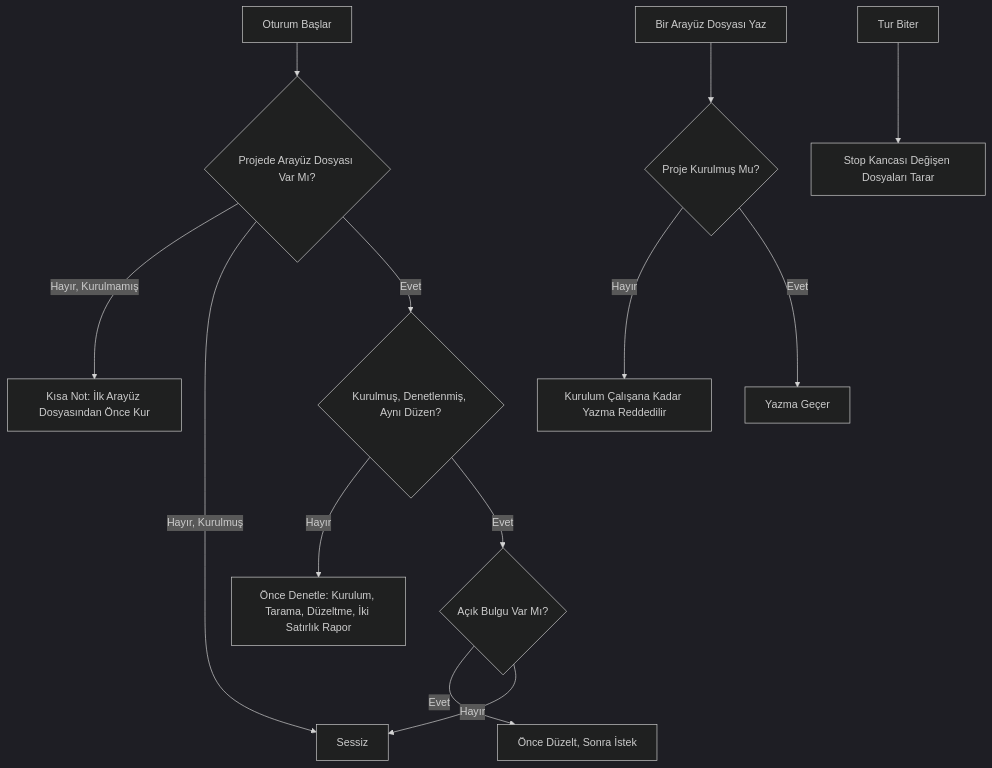
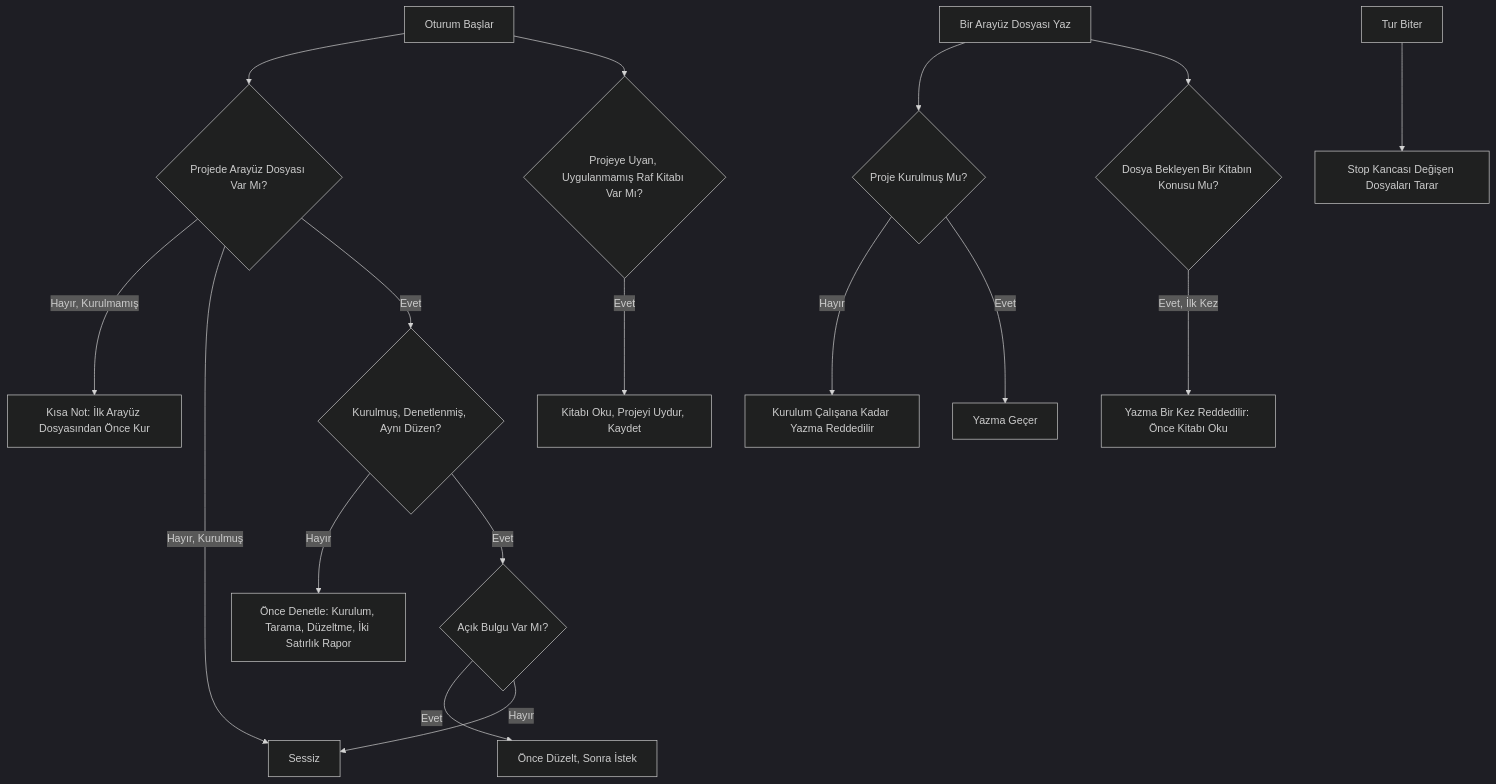
Before and after one commit to Teknesyum/Teknesyum-UI: the second of 2 diagrams in README.tr.md, drawn with Mermaid (dark theme). The commit also changed other lines of this file and 22 other files, not shown here.

````diff
--- a/README.tr.md
+++ b/README.tr.md
@@ -120,15 +120,19 @@
 ```mermaid
 flowchart TD
   S[Oturum Başlar] --> Q1{Projede Arayüz Dosyası Var Mı?}
   Q1 -->|Hayır, Kurulmamış| N1[Kısa Not: İlk Arayüz Dosyasından Önce Kur]
   Q1 -->|Hayır, Kurulmuş| Z[Sessiz]
   Q1 -->|Evet| Q2{Kurulmuş, Denetlenmiş, Aynı Düzen?}
   Q2 -->|Hayır| N2[Önce Denetle: Kurulum, Tarama, Düzeltme, İki Satırlık Rapor]
   Q2 -->|Evet| Q3{Açık Bulgu Var Mı?}
   Q3 -->|Evet| N3[Önce Düzelt, Sonra İstek]
   Q3 -->|Hayır| Z
   W[Bir Arayüz Dosyası Yaz] --> Q4{Proje Kurulmuş Mu?}
   Q4 -->|Hayır| D1[Kurulum Çalışana Kadar Yazma Reddedilir]
   Q4 -->|Evet| OK[Yazma Geçer]
+  S --> R1{Projeye Uyan, Uygulanmamış Raf Kitabı Var Mı?}
+  R1 -->|Evet| N4[Kitabı Oku, Projeyi Uydur, Kaydet]
+  W --> R2{Dosya Bekleyen Bir Kitabın Konusu Mu?}
+  R2 -->|Evet, İlk Kez| D2[Yazma Bir Kez Reddedilir: Önce Kitabı Oku]
   T[Tur Biter] --> G1[Stop Kancası Değişen Dosyaları Tarar]
 ```
````
